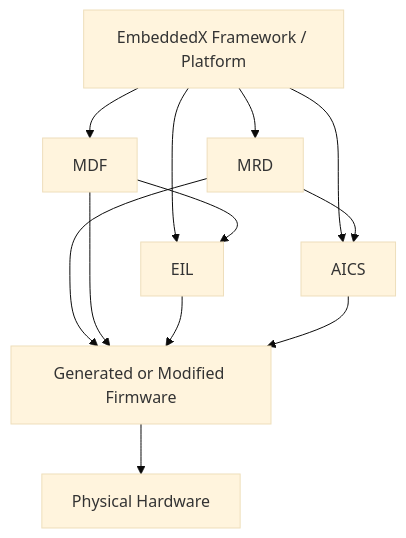
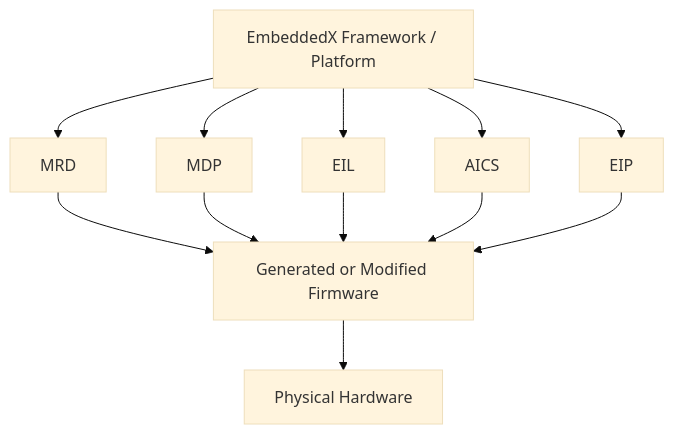
One commit to telespial/EmbeddedX-Specs changed the diagram in assets/architecture-diagram.mmd. Above: the diagram before and after it, drawn with Mermaid (base theme). The commit also changed 17 other files, not shown here.

```diff
--- a/assets/architecture-diagram.mmd
+++ b/assets/architecture-diagram.mmd
@@ -1,12 +1,12 @@
 flowchart TD
     A[EmbeddedX Framework / Platform] --> B[MRD]
-    A --> C[MDF]
+    A --> C[MDP]
     A --> D[EIL]
     A --> E[AICS]
-    B --> E
-    C --> D
+    A --> H[EIP]
     B --> F[Generated or Modified Firmware]
     C --> F
     D --> F
     E --> F
+    H --> F
     F --> G[Physical Hardware]
```
